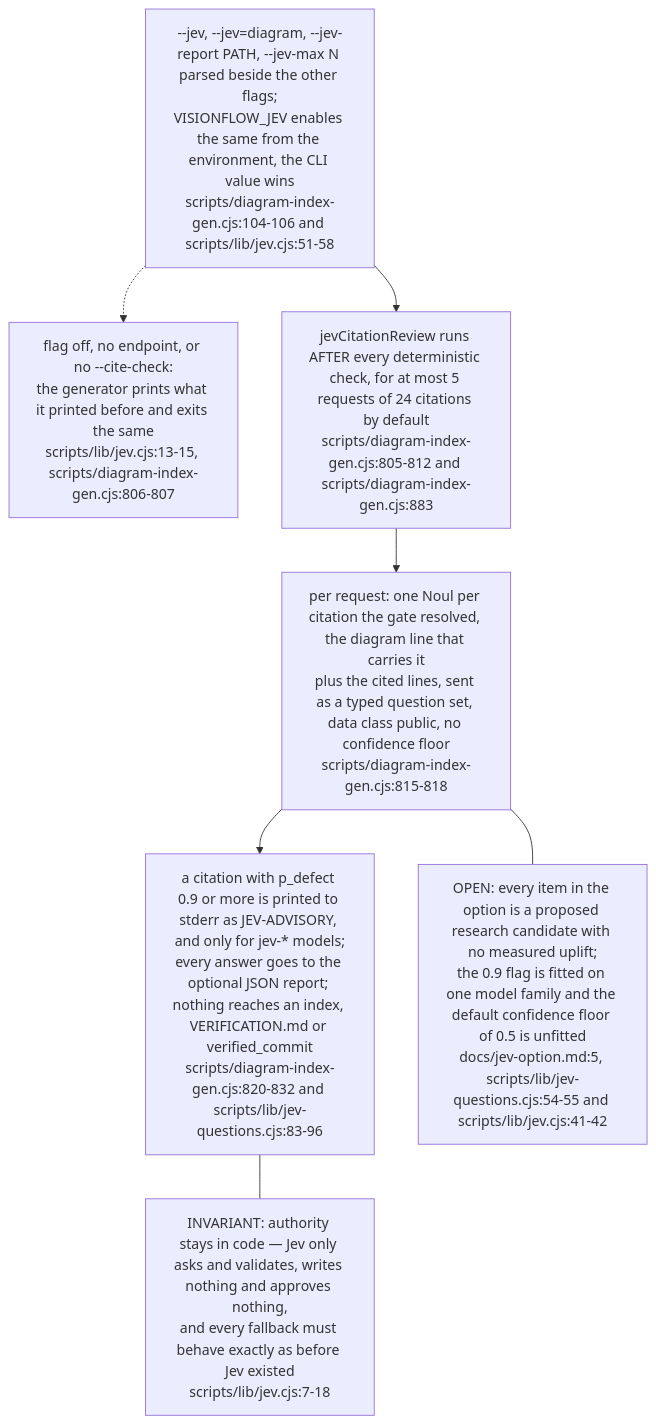
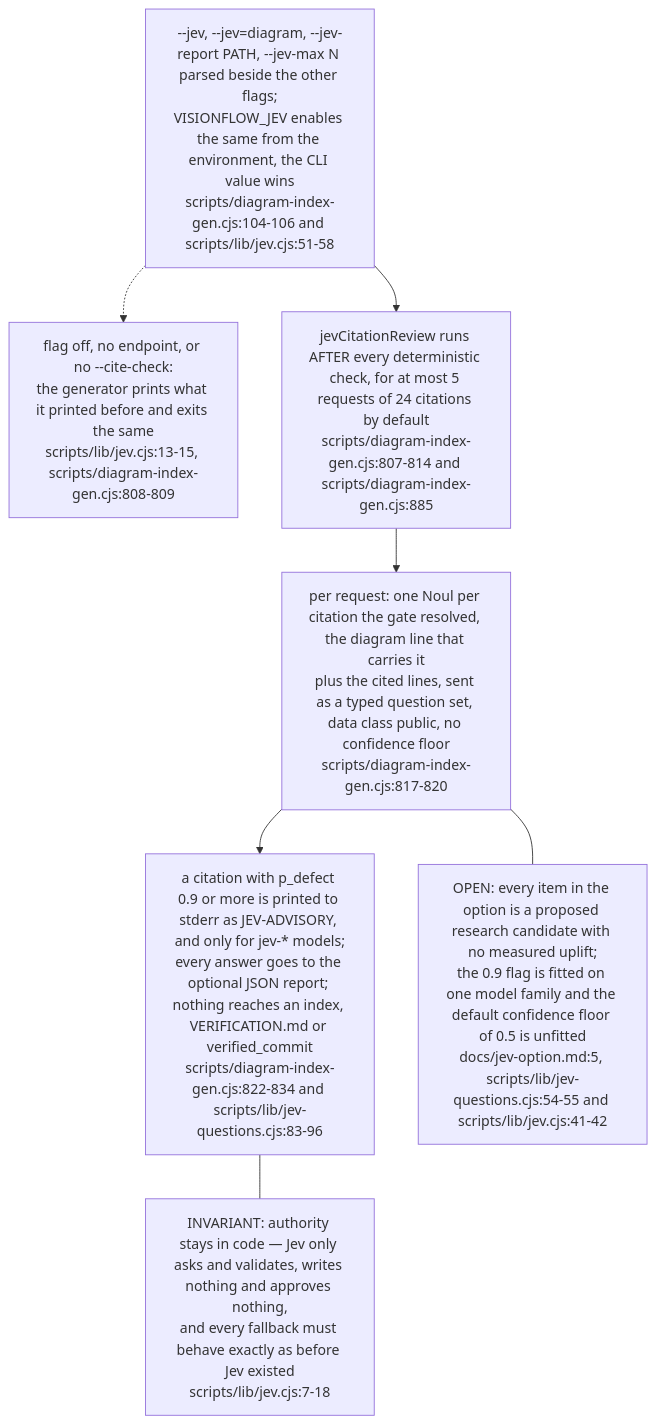
Before and after one commit to DreamLab-AI/VisionFlow: diagram 15 of 15 in docs/diagrams/visionflow/06-diagram-tooling.md, drawn with Mermaid. The commit also changed other lines of this file and 91 other files, not shown here.

````diff
--- a/docs/diagrams/visionflow/06-diagram-tooling.md
+++ b/docs/diagrams/visionflow/06-diagram-tooling.md
@@ -496,14 +496,14 @@
 ```mermaid
 flowchart TB
     FLAG["--jev, --jev=diagram, --jev-report PATH, --jev-max N parsed beside the other flags;<br/>VISIONFLOW_JEV enables the same from the environment, the CLI value wins<br/>scripts/diagram-index-gen.cjs:104-106 and scripts/lib/jev.cjs:51-58"]
-    OFF["flag off, no endpoint, or no --cite-check:<br/>the generator prints what it printed before and exits the same<br/>scripts/lib/jev.cjs:13-15, scripts/diagram-index-gen.cjs:806-807"]
-    RUN["jevCitationReview runs AFTER every deterministic check, for at most 5 requests of 24 citations by default<br/>scripts/diagram-index-gen.cjs:805-812 and scripts/diagram-index-gen.cjs:883"]
-    ASK["per request: one Noul per citation the gate resolved, the diagram line that carries it<br/>plus the cited lines, sent as a typed question set, data class public, no confidence floor<br/>scripts/diagram-index-gen.cjs:815-818"]
-    OUT["a citation with p_defect 0.9 or more is printed to stderr as JEV-ADVISORY, and only for jev-* models;<br/>every answer goes to the optional JSON report; nothing reaches an index, VERIFICATION.md or verified_commit<br/>scripts/diagram-index-gen.cjs:820-832 and scripts/lib/jev-questions.cjs:83-96"]
+    OFF["flag off, no endpoint, or no --cite-check:<br/>the generator prints what it printed before and exits the same<br/>scripts/lib/jev.cjs:13-15, scripts/diagram-index-gen.cjs:808-809"]
+    RUN["jevCitationReview runs AFTER every deterministic check, for at most 5 requests of 24 citations by default<br/>scripts/diagram-index-gen.cjs:807-814 and scripts/diagram-index-gen.cjs:885"]
+    ASK["per request: one Noul per citation the gate resolved, the diagram line that carries it<br/>plus the cited lines, sent as a typed question set, data class public, no confidence floor<br/>scripts/diagram-index-gen.cjs:817-820"]
+    OUT["a citation with p_defect 0.9 or more is printed to stderr as JEV-ADVISORY, and only for jev-* models;<br/>every answer goes to the optional JSON report; nothing reaches an index, VERIFICATION.md or verified_commit<br/>scripts/diagram-index-gen.cjs:822-834 and scripts/lib/jev-questions.cjs:83-96"]
     FLAG --> RUN --> ASK --> OUT
     FLAG -.-> OFF
     N1["INVARIANT: authority stays in code — Jev only asks and validates, writes nothing and approves nothing,<br/>and every fallback must behave exactly as before Jev existed<br/>scripts/lib/jev.cjs:7-18"]
     N2["OPEN: every item in the option is a proposed research candidate with no measured uplift;<br/>the 0.9 flag is fitted on one model family and the default confidence floor of 0.5 is unfitted<br/>docs/jev-option.md:5, scripts/lib/jev-questions.cjs:54-55 and scripts/lib/jev.cjs:41-42"]
     OUT --- N1
     ASK --- N2
 ```
````
